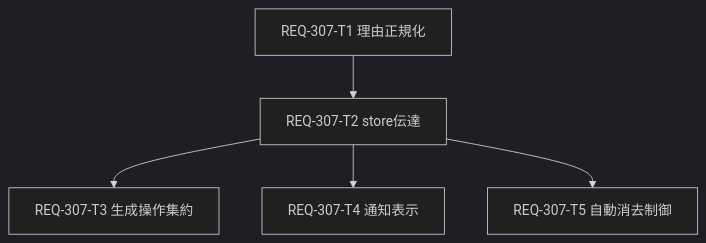
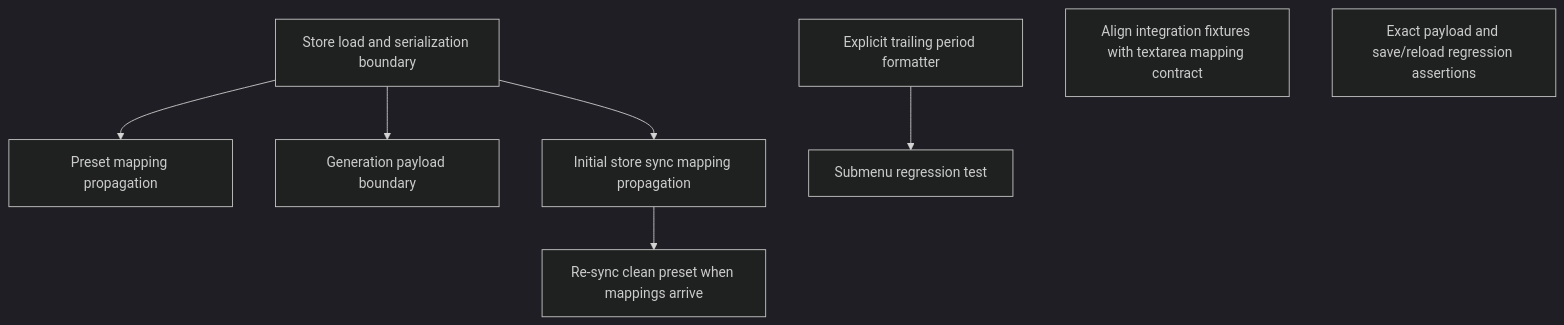
The diagram in implementation_plan.md (TAKE4548/comfy-create-helper2), drawn with Mermaid (dark theme) before and after one commit. The commit also changed other lines of this file and 33 other files, not shown here.

````diff
--- a/implementation_plan.md
+++ b/implementation_plan.md
@@ -16,7 +12,11 @@
 ```mermaid
 graph TD
-  T1[REQ-307-T1 理由正規化] --> T2[REQ-307-T2 store伝達]
-  T2 --> T3[REQ-307-T3 生成操作集約]
-  T2 --> T4[REQ-307-T4 通知表示]
-  T2 --> T5[REQ-307-T5 自動消去制御]
+  REQ308-T1[Store load and serialization boundary] --> REQ308-T2[Preset mapping propagation]
+  REQ308-T1 --> REQ308-T3[Generation payload boundary]
+  REQ308-T1 --> REQ308-T6[Initial store sync mapping propagation]
+  REQ308-T4[Explicit trailing period formatter]
+  REQ308-T4 --> REQ308-T5[Submenu regression test]
+  REQ308-T7[Align integration fixtures with textarea mapping contract]
+  REQ308-T6 --> REQ308-T8[Re-sync clean preset when mappings arrive]
+  REQ308-T9[Exact payload and save/reload regression assertions]
 ```
````
